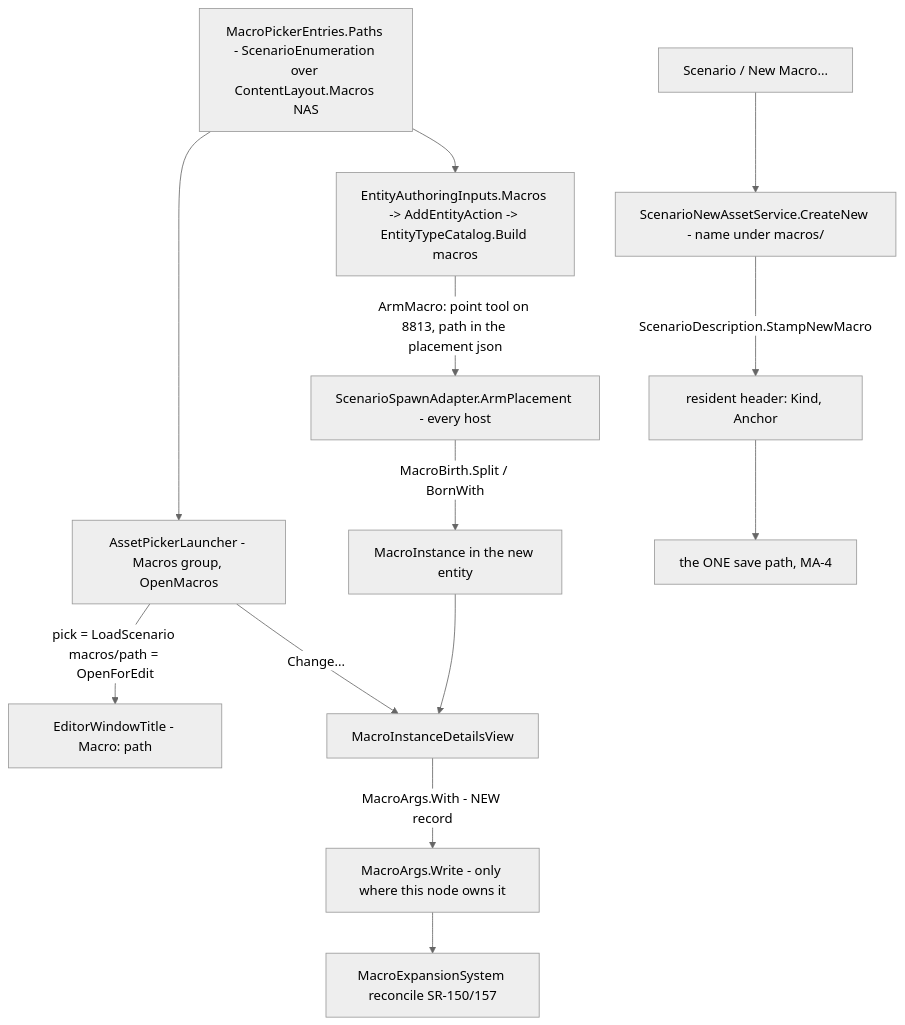
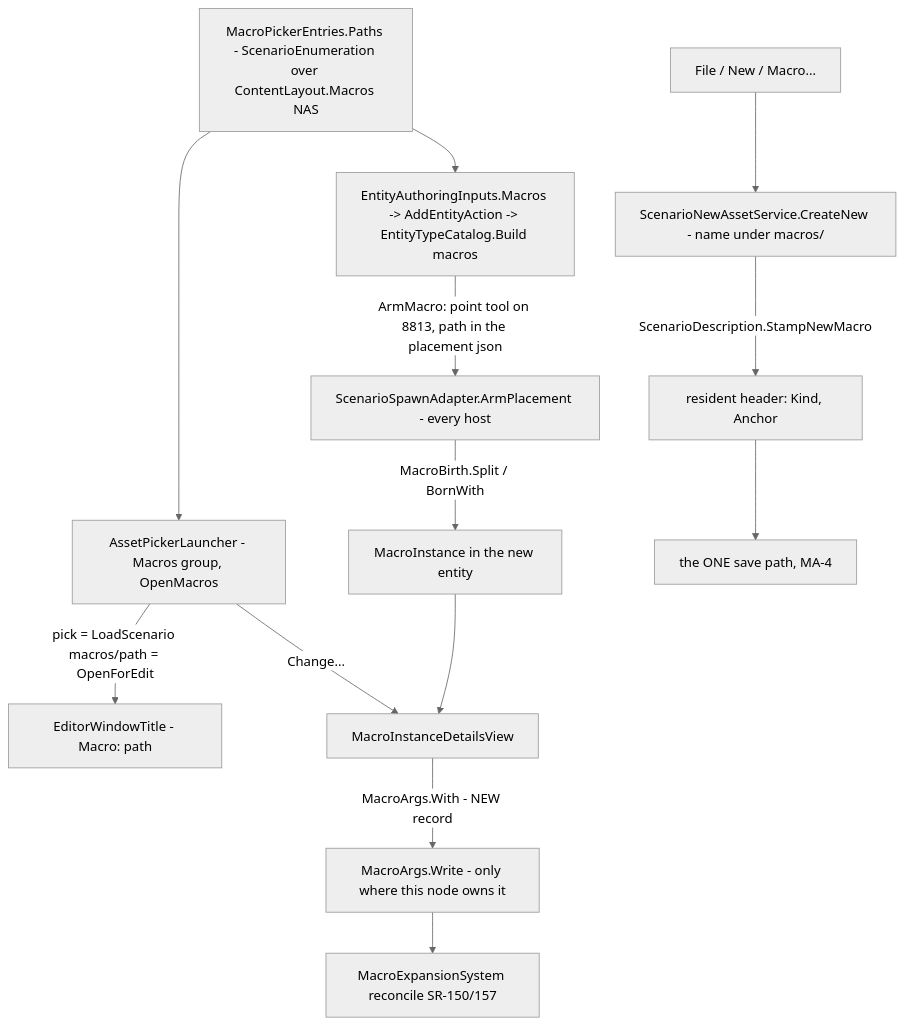
One commit to pjanec/HROT changed the fifth of 8 diagrams in docs/DESIGN_Macro_Authoring_Editor.md. Above: the diagram before and after it, drawn with Mermaid (neutral theme). The commit also changed other lines of this file and 13 other files, not shown here.

````diff
--- a/docs/DESIGN_Macro_Authoring_Editor.md
+++ b/docs/DESIGN_Macro_Authoring_Editor.md
@@ -205,13 +205,13 @@
 ```mermaid
 graph TD
   L[MacroPickerEntries.Paths - ScenarioEnumeration over ContentLayout.Macros NAS] --> P[AssetPickerLauncher - Macros group, OpenMacros]
   L --> G[EntityAuthoringInputs.Macros -> AddEntityAction -> EntityTypeCatalog.Build macros]
   P -->|pick = LoadScenario macros/path = OpenForEdit| T[EditorWindowTitle - Macro: path]
   P -->|Change...| V[MacroInstanceDetailsView]
   G -->|ArmMacro: point tool on 8813, path in the placement json| A[ScenarioSpawnAdapter.ArmPlacement - every host]
   A -->|MacroBirth.Split / BornWith| I[MacroInstance in the new entity]
-  N[Scenario / New Macro...] --> C[ScenarioNewAssetService.CreateNew - name under macros/]
+  N[File / New / Macro...] --> C[ScenarioNewAssetService.CreateNew - name under macros/]
   C -->|ScenarioDescription.StampNewMacro| R[resident header: Kind, Anchor] --> S[the ONE save path, MA-4]
   I --> V
   V -->|MacroArgs.With - NEW record| W[MacroArgs.Write - only where this node owns it] --> X[MacroExpansionSystem reconcile SR-150/157]
 ```
````
